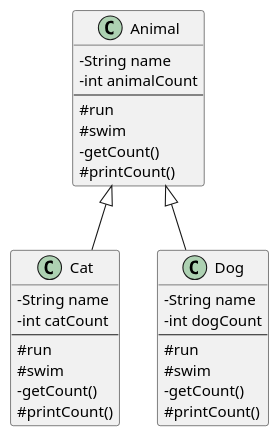
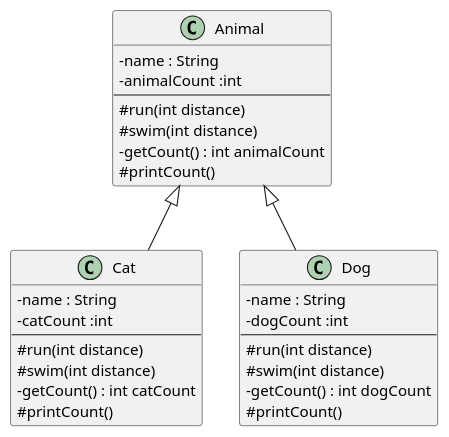
One commit to koval-guk/HomeWork4 changed the diagram in classDiagram.plantuml. Above: the diagram before and after it, drawn with PlantUML.

Commit message:
add diagram

```diff
--- a/classDiagram.plantuml
+++ b/classDiagram.plantuml
@@ -1,32 +1,32 @@
 @startuml
 skinparam classAttributeIconSize 0
 class Animal {
--String name
--int animalCount
+- name : String
+-animalCount :int
 --
-#run
-#swim
--getCount()
+#run(int distance)
+#swim(int distance)
+-getCount() : int animalCount
 #printCount()
 }
 class Cat{
--String name
--int catCount
+- name : String
+-catCount :int
 --
-#run
-#swim
--getCount()
+#run(int distance)
+#swim(int distance)
+-getCount() : int catCount
 #printCount()
 }
 class Dog{
--String name
--int dogCount
+- name : String
+-dogCount :int
 --
-#run
-#swim
--getCount()
+#run(int distance)
+#swim(int distance)
+-getCount() : int dogCount
 #printCount()
 }
 Animal <|-- Cat
 Animal <|-- Dog
 @enduml
```
